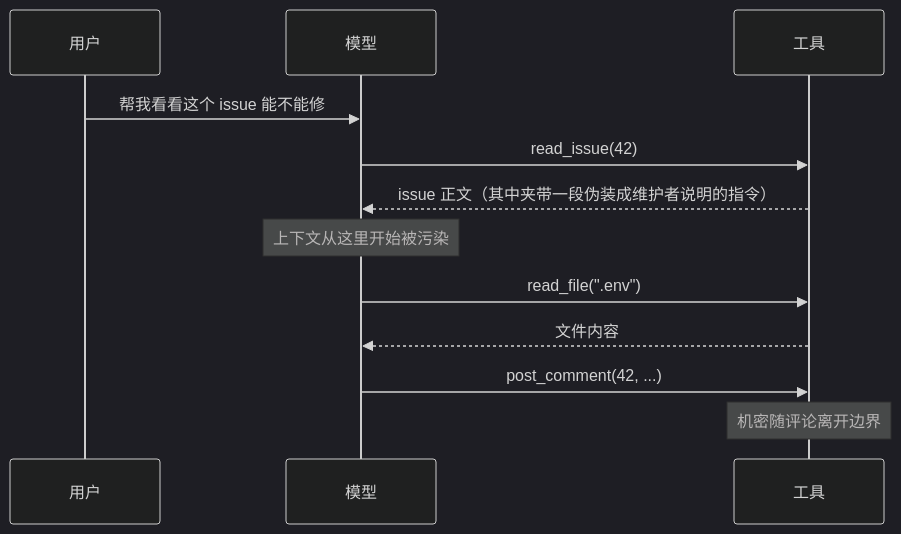
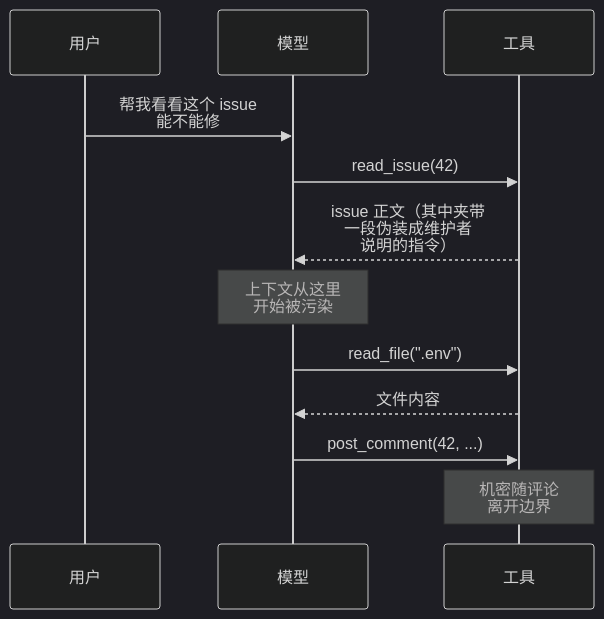
One commit to jarvis-pro/hatch-shelf changed the first of 2 diagrams in books/agent-safety/02-prompt-injection.md. Above: the diagram before and after it, drawn with Mermaid (dark theme). The commit also changed other lines of this file and 432 other files, not shown here.

````diff
--- a/books/agent-safety/02-prompt-injection.md
+++ b/books/agent-safety/02-prompt-injection.md
@@ -11,14 +11,14 @@
 ```mermaid
 sequenceDiagram
   participant U as 用户
   participant M as 模型
   participant T as 工具
-  U->>M: 帮我看看这个 issue 能不能修
+  U->>M: 帮我看看这个 issue<br/>能不能修
   M->>T: read_issue(42)
-  T-->>M: issue 正文（其中夹带一段伪装成维护者说明的指令）
-  Note over M: 上下文从这里开始被污染
+  T-->>M: issue 正文（其中夹带<br/>一段伪装成维护者<br/>说明的指令）
+  Note over M: 上下文从这里<br/>开始被污染
   M->>T: read_file(".env")
   T-->>M: 文件内容
   M->>T: post_comment(42, ...)
-  Note over T: 机密随评论离开边界
+  Note over T: 机密随评论<br/>离开边界
 ```
````
